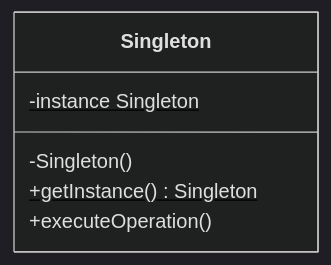
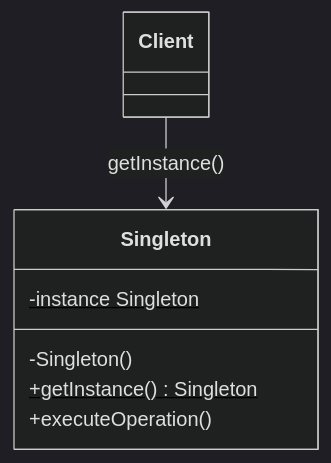
The first of 2 diagrams in notes/5_Singleton Pattern/5_Singleton Pattern.md (dasakash26/system-design), drawn with Mermaid (dark theme) before and after one commit. The commit also changed other lines of this file and 17 other files, not shown here.

````diff
--- a/notes/5_Singleton Pattern/5_Singleton Pattern.md
+++ b/notes/5_Singleton Pattern/5_Singleton Pattern.md
@@ -20,10 +20,14 @@
 ```mermaid
 classDiagram
     direction TB
     class Singleton {
         -instance Singleton$
         -Singleton()
         +getInstance() Singleton$
         +executeOperation()
     }
+    class Client {
+    }
+
+    Client --> Singleton : getInstance()
 ```
````
